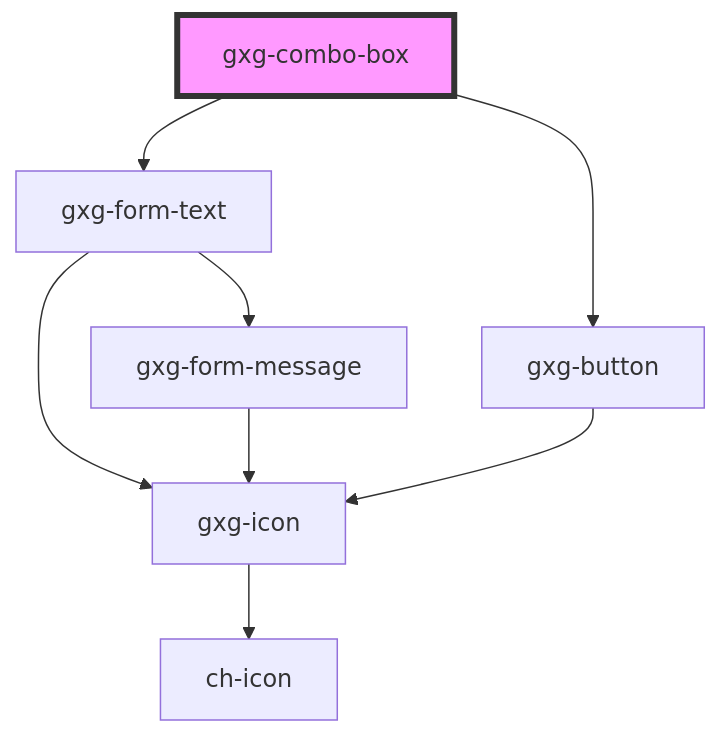
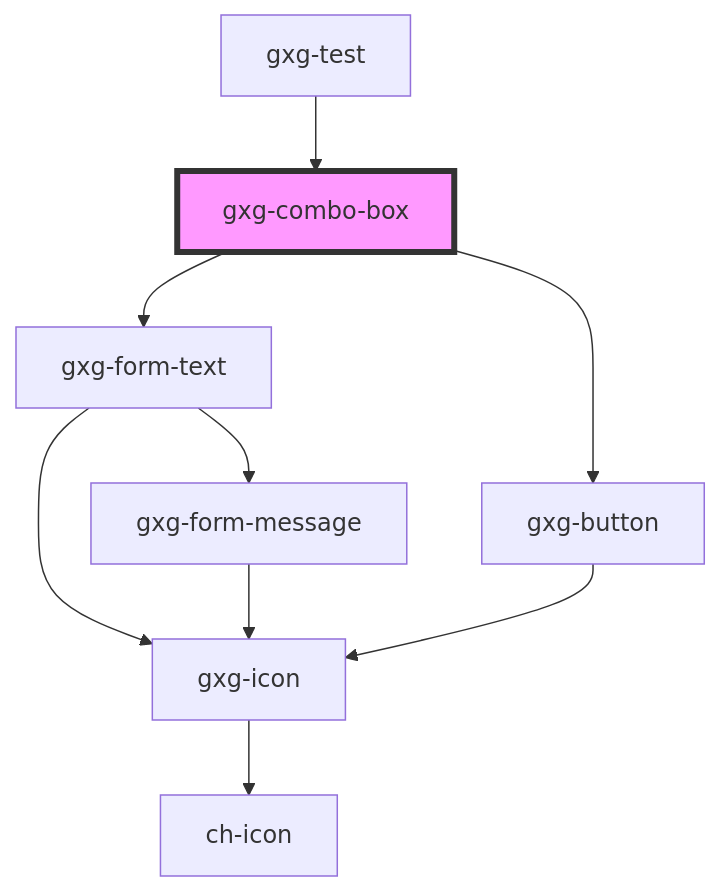
One commit to genexuslabs/gemini changed the diagram in src/components/combo-box/readme.md. Above: the diagram before and after it, drawn with Mermaid. The commit also changed other lines of this file and 18 other files, not shown here.

````diff
--- a/src/components/combo-box/readme.md
+++ b/src/components/combo-box/readme.md
@@ -68,11 +72,12 @@
 ```mermaid
 graph TD;
   gxg-combo-box --> gxg-form-text
   gxg-combo-box --> gxg-button
   gxg-form-text --> gxg-icon
   gxg-form-text --> gxg-form-message
   gxg-icon --> ch-icon
   gxg-form-message --> gxg-icon
   gxg-button --> gxg-icon
+  gxg-test --> gxg-combo-box
   style gxg-combo-box fill:#f9f,stroke:#333,stroke-width:4px
 ```
````
